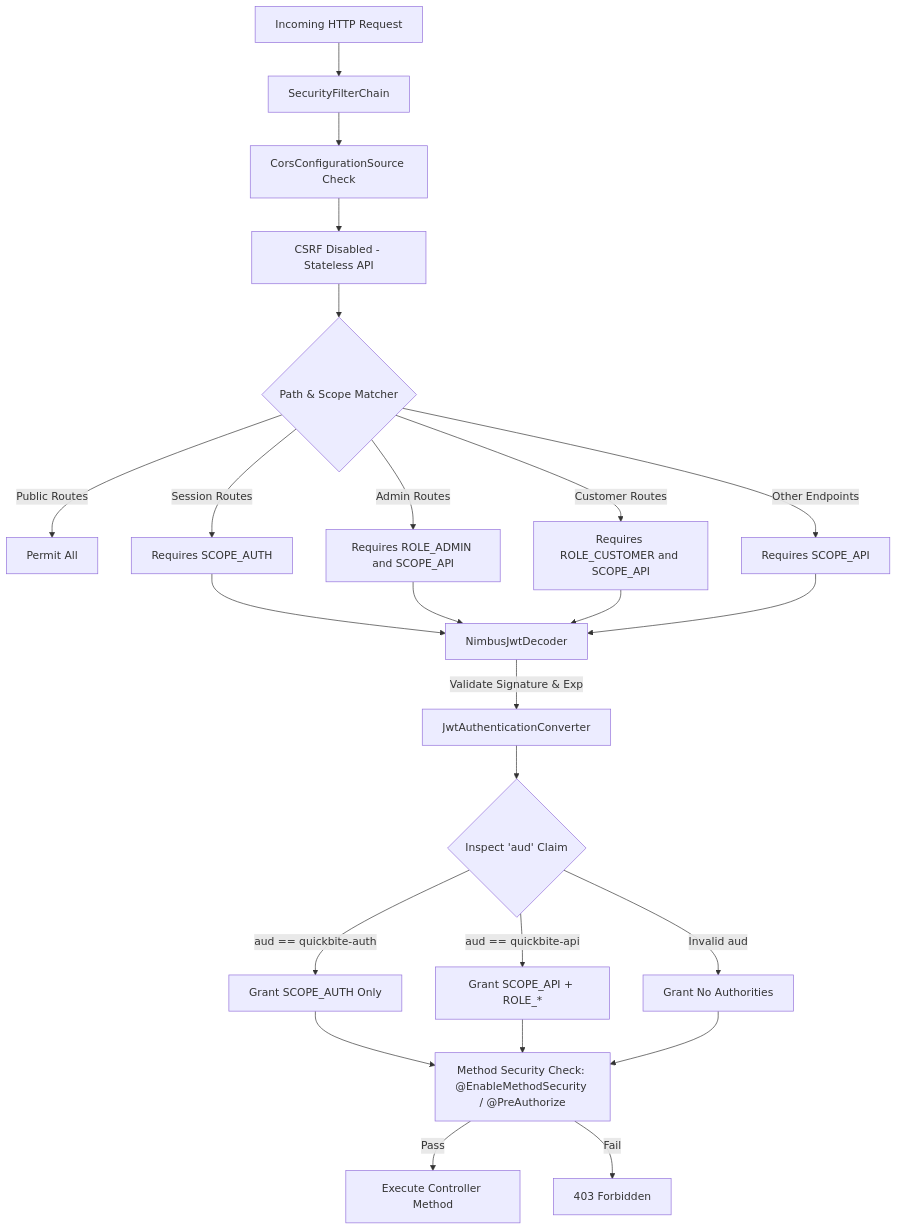
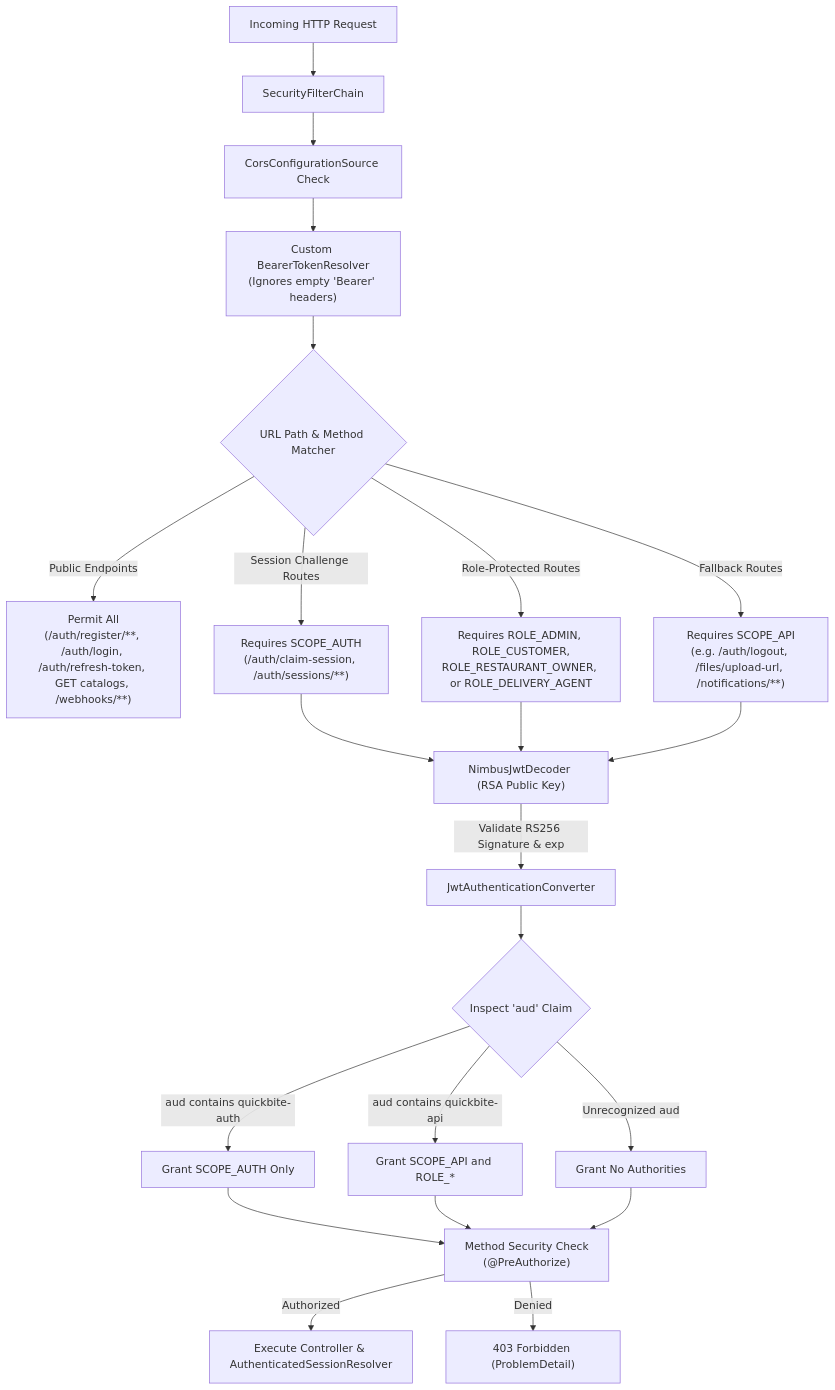
Before and after one commit to eshant52/quickbite-backend: the second of 5 diagrams in docs/authentication.md, drawn with Mermaid. The commit also changed other lines of this file and 8 other files, not shown here.

First line of the commit message:
docs: add order lifecycle guide and update architecture documentation

````diff
--- a/docs/authentication.md
+++ b/docs/authentication.md
@@ -138,32 +187,26 @@
 ```mermaid
 flowchart TD
-    Req[Incoming HTTP Request] --> Filter[SecurityFilterChain]
-    Filter --> CORS[CorsConfigurationSource Check]
-    CORS --> CSRF[CSRF Disabled - Stateless API]
-    CSRF --> Matcher{Path & Scope Matcher}
+    Req["Incoming HTTP Request"] --> Filter["SecurityFilterChain"]
+    Filter --> CORS["CorsConfigurationSource Check"]
+    CORS --> BearerRes["Custom BearerTokenResolver<br/>(Ignores empty 'Bearer' headers)"]
+    BearerRes --> Matcher{"URL Path & Method Matcher"}
 
-    Matcher -->|Public Routes| PermitAll[Permit All]
-    Matcher -->|Session Routes| AuthScope[Requires SCOPE_AUTH]
-    Matcher -->|Admin Routes| AdminRole[Requires ROLE_ADMIN and SCOPE_API]
-    Matcher -->|Customer Routes| CustomerRole[Requires ROLE_CUSTOMER and SCOPE_API]
-    Matcher -->|Other Endpoints| ApiScope[Requires SCOPE_API]
+    Matcher -->|Public Endpoints| PermitAll["Permit All<br/>(/auth/register/**, /auth/login, /auth/refresh-token, GET catalogs, /webhooks/**)"]
+    Matcher -->|Session Challenge Routes| AuthScope["Requires SCOPE_AUTH<br/>(/auth/claim-session, /auth/sessions/**)"]
+    Matcher -->|Role-Protected Routes| RoleCheck["Requires ROLE_ADMIN, ROLE_CUSTOMER,<br/>ROLE_RESTAURANT_OWNER, or ROLE_DELIVERY_AGENT"]
+    Matcher -->|Fallback Routes| ApiScope["Requires SCOPE_API<br/>(e.g. /auth/logout, /files/upload-url, /notifications/**)"]
 
-    AuthScope --> JwtDec[NimbusJwtDecoder]
-    AdminRole --> JwtDec
-    CustomerRole --> JwtDec
-    ApiScope --> JwtDec
+    AuthScope & RoleCheck & ApiScope --> JwtDec["NimbusJwtDecoder (RSA Public Key)"]
 
-    JwtDec -->|Validate Signature & Exp| Conv[JwtAuthenticationConverter]
+    JwtDec -->|Validate RS256 Signature & exp| Conv["JwtAuthenticationConverter"]
 
-    Conv --> CheckAud{Inspect 'aud' Claim}
-    CheckAud -->|aud == quickbite-auth| GrantAuth[Grant SCOPE_AUTH Only]
-    CheckAud -->|aud == quickbite-api| GrantApi[Grant SCOPE_API + ROLE_*]
-    CheckAud -->|Invalid aud| GrantNone[Grant No Authorities]
+    Conv --> CheckAud{"Inspect 'aud' Claim"}
+    CheckAud -->|aud contains quickbite-auth| GrantAuth["Grant SCOPE_AUTH Only"]
+    CheckAud -->|aud contains quickbite-api| GrantApi["Grant SCOPE_API and ROLE_*"]
+    CheckAud -->|Unrecognized aud| GrantNone["Grant No Authorities"]
 
-    GrantAuth --> MethodSec["Method Security Check: @EnableMethodSecurity / @PreAuthorize"]
-    GrantApi --> MethodSec
-    GrantNone --> MethodSec
+    GrantAuth & GrantApi & GrantNone --> MethodSec["Method Security Check<br/>(@PreAuthorize)"]
 
-    MethodSec -->|Pass| ExecController[Execute Controller Method]
-    MethodSec -->|Fail| Deny403[403 Forbidden]
+    MethodSec -->|Authorized| ExecController["Execute Controller & AuthenticatedSessionResolver"]
+    MethodSec -->|Denied| Deny403["403 Forbidden (ProblemDetail)"]
 ```
````
